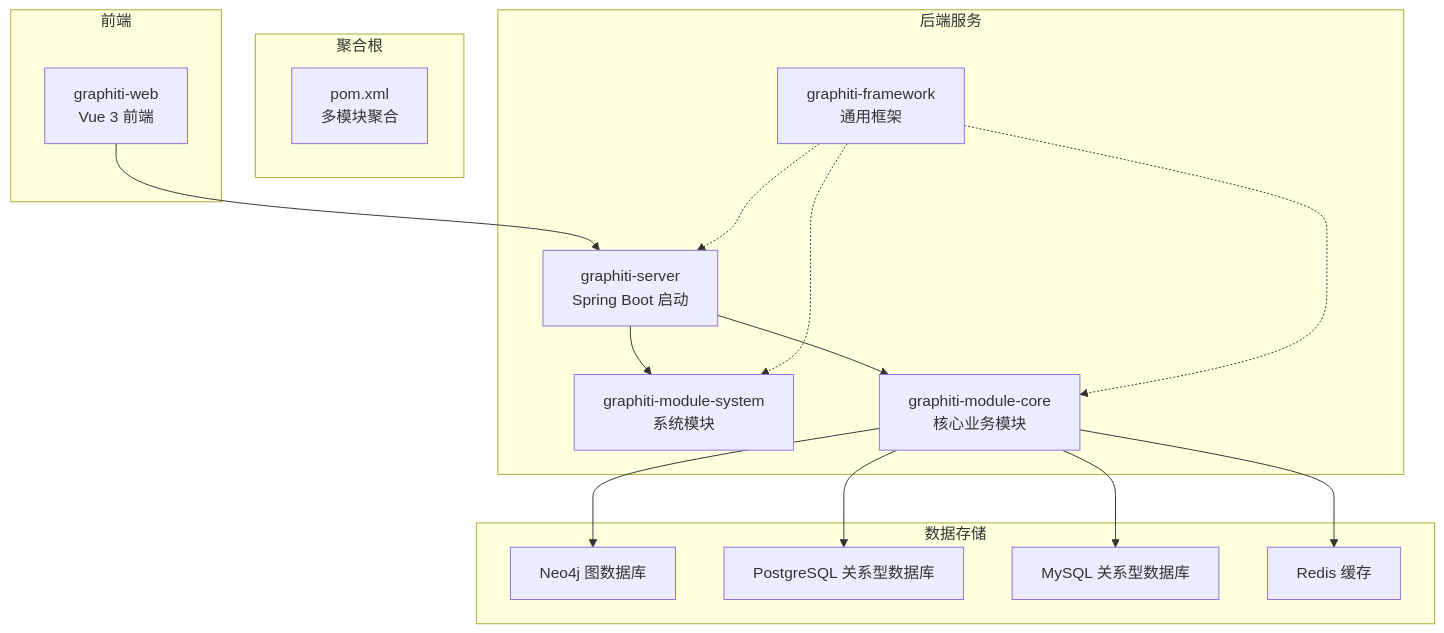
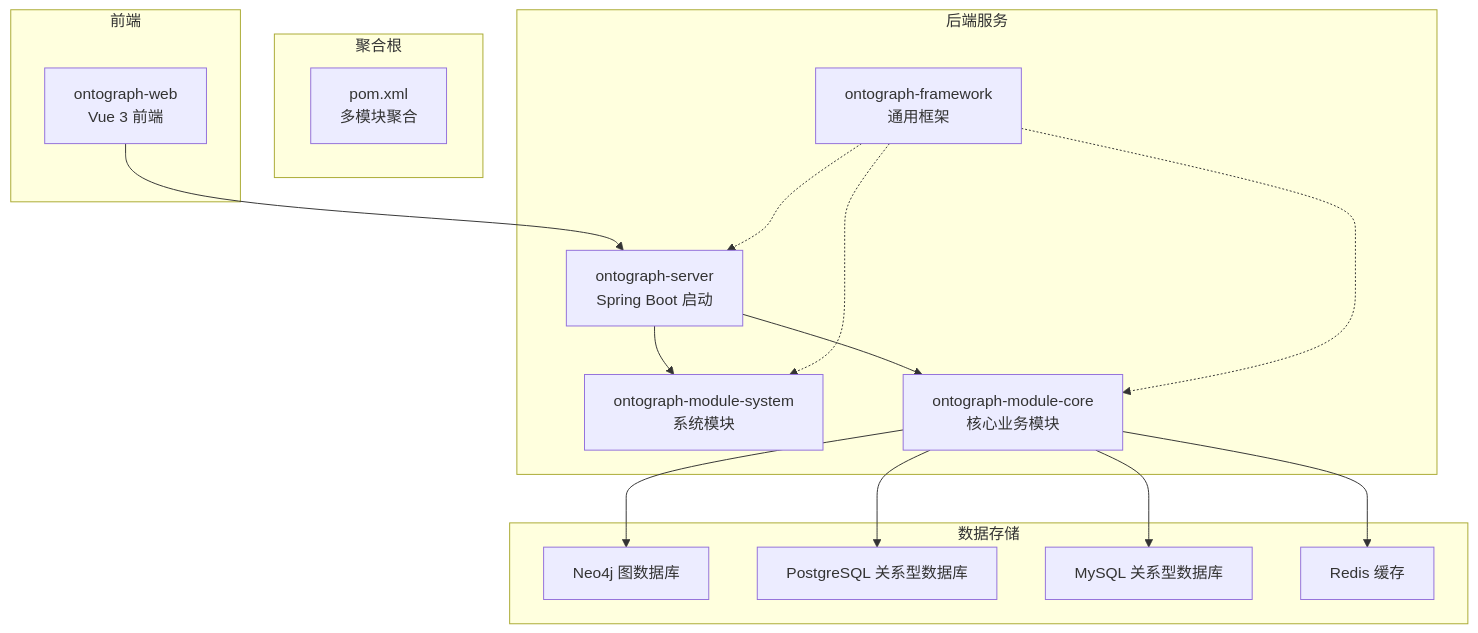
One commit to joezxh/graphiti-java changed the first of 7 diagrams in docs/manual/项目概述/架构总览.md. Above: the diagram before and after it, drawn with Mermaid. The commit also changed other lines of this file and 200 other files, not shown here.

````diff
--- a/docs/manual/项目概述/架构总览.md
+++ b/docs/manual/项目概述/架构总览.md
@@ -45,31 +45,31 @@
 ```mermaid
 graph TB
 subgraph "聚合根"
 ROOT[pom.xml<br/>多模块聚合]
 end
 subgraph "后端服务"
-SERVER[graphiti-server<br/>Spring Boot 启动]
-FRAMEWORK[graphiti-framework<br/>通用框架]
-SYS[graphiti-module-system<br/>系统模块]
-CORE[graphiti-module-core<br/>核心业务模块]
+SERVER[ontograph-server<br/>Spring Boot 启动]
+FRAMEWORK[ontograph-framework<br/>通用框架]
+SYS[ontograph-module-system<br/>系统模块]
+CORE[ontograph-module-core<br/>核心业务模块]
 end
 subgraph "前端"
-WEB[graphiti-web<br/>Vue 3 前端]
+WEB[ontograph-web<br/>Vue 3 前端]
 end
 subgraph "数据存储"
 NEO4J[Neo4j 图数据库]
 PG[PostgreSQL 关系型数据库]
 MYSQL[MySQL 关系型数据库]
 REDIS[Redis 缓存]
 end
 WEB --> SERVER
 SERVER --> SYS
 SERVER --> CORE
 CORE --> NEO4J
 CORE --> PG
 CORE --> MYSQL
 CORE --> REDIS
 FRAMEWORK -.-> SERVER
 FRAMEWORK -.-> SYS
 FRAMEWORK -.-> CORE
 ```
````
